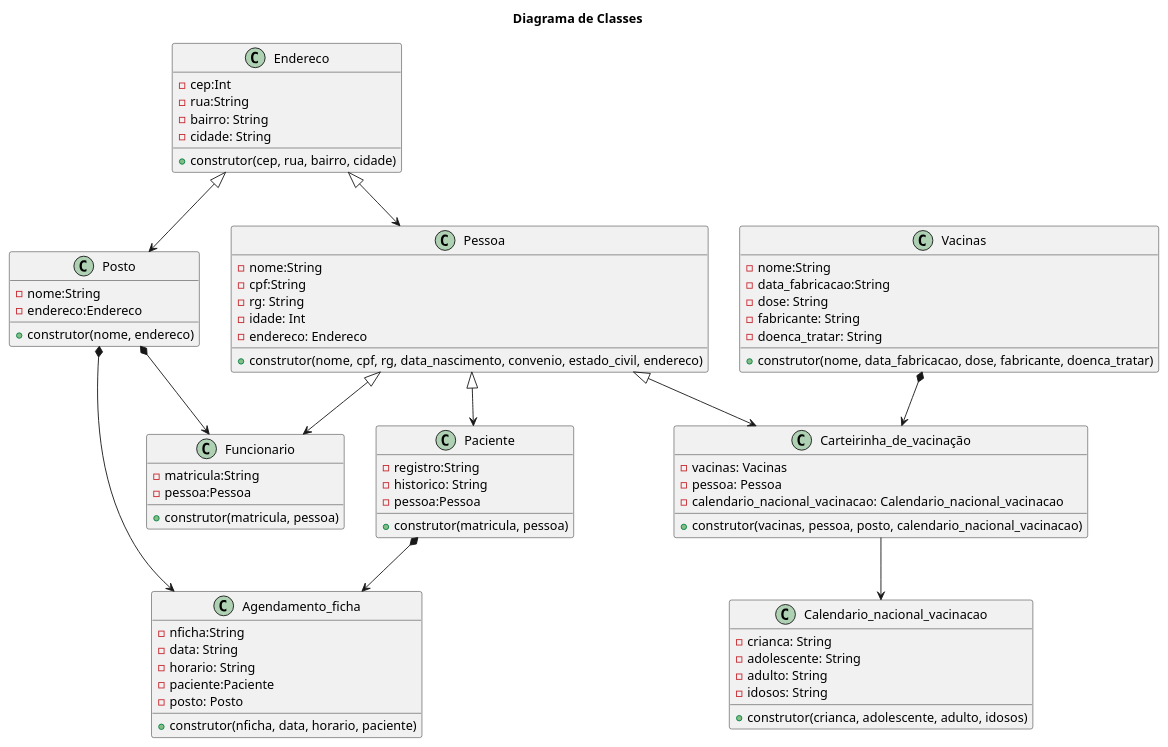
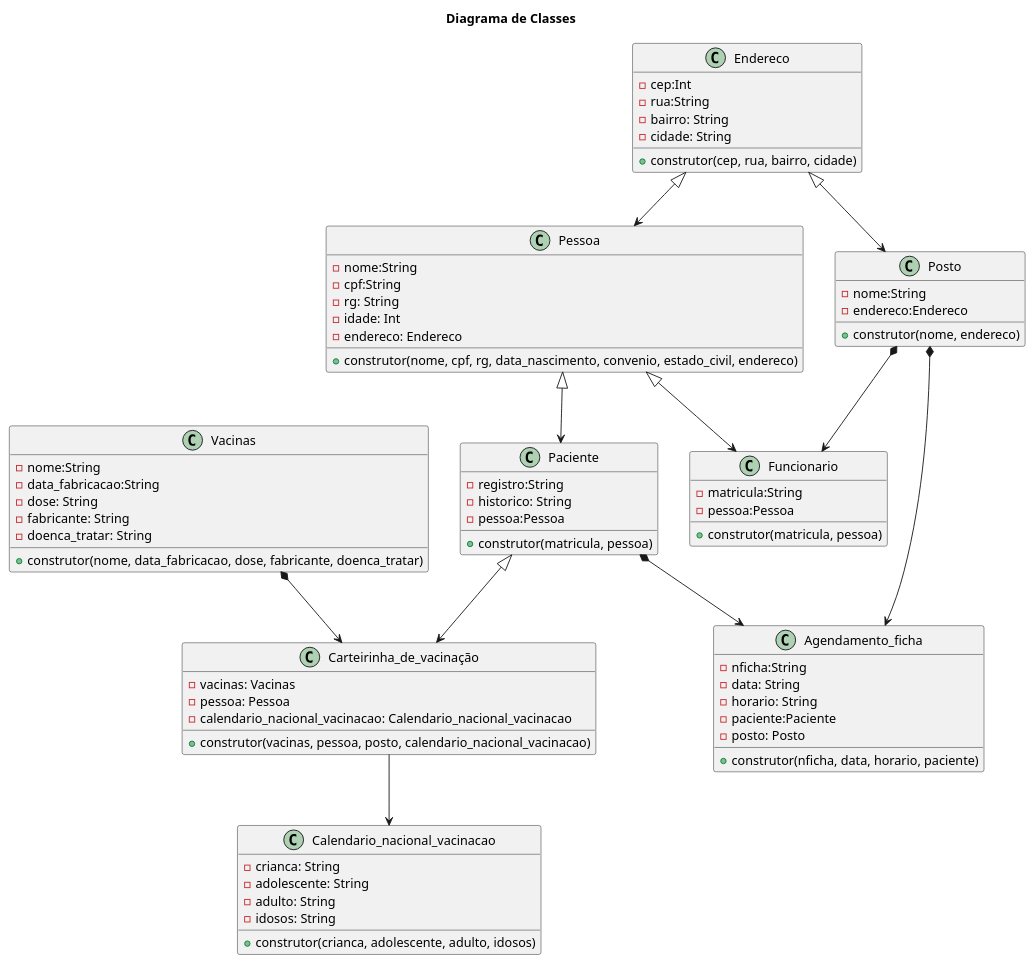
Before and after one commit to anleaes/2022-1-N2-POO-04: the diagram in @startuml herenca composicao.plantUML, drawn with PlantUML. The commit also changed 4 other files, not shown here.

Commit message:
metodos em pessoa e funcionario + criado arquivo para comandos

```diff
--- a/@startuml herenca composicao.plantUML
+++ b/@startuml herenca composicao.plantUML
@@ -1,91 +1,93 @@
 @startuml herenca composicao
 
 title Diagrama de Classes
+
+class Pessoa{
+    - nome:String
+    - cpf:String
+    - rg: String
+    - idade: Int
+    - endereco: Endereco
+    + construtor(nome, cpf, rg, data_nascimento, convenio, estado_civil, endereco)
+}
+
+class Funcionario{
+    - matricula:String
+    - pessoa:Pessoa
+    + construtor(matricula, pessoa)
+
+}
+
+class Paciente{
+    - registro:String
+    - historico: String
+    - pessoa:Pessoa
+    + construtor(matricula, pessoa)
+    }
 
 class Carteirinha_de_vacinação{
     - vacinas: Vacinas
     - pessoa: Pessoa
     - calendario_nacional_vacinacao: Calendario_nacional_vacinacao
     + construtor(vacinas, pessoa, posto, calendario_nacional_vacinacao)
 } 
  
 
 class Posto{
     - nome:String
     - endereco:Endereco
     + construtor(nome, endereco)
 
 }
 
 class Calendario_nacional_vacinacao{
     - crianca: String
     - adolescente: String
     - adulto: String
     - idosos: String
     + construtor(crianca, adolescente, adulto, idosos)
 } 
 
-
-
 class Endereco{
     - cep:Int
     - rua:String
     - bairro: String
     - cidade: String
     + construtor(cep, rua, bairro, cidade)
 }
 
-class Pessoa{
-    - nome:String
-    - cpf:String
-    - rg: String
-    - idade: Int
-    - endereco: Endereco
-    + construtor(nome, cpf, rg, data_nascimento, convenio, estado_civil, endereco)
-}
+
 class Vacinas{
     - nome:String
     - data_fabricacao:String
     - dose: String
     - fabricante: String
     - doenca_tratar: String
     + construtor(nome, data_fabricacao, dose, fabricante, doenca_tratar)
 }
 
-class Funcionario{
-    - matricula:String
-    - pessoa:Pessoa
-    + construtor(matricula, pessoa)
 
-}
-
-class Paciente{
-    - registro:String
-    - historico: String
-    - pessoa:Pessoa
-    + construtor(matricula, pessoa)
-    }
 
 class Agendamento_ficha{
     - nficha:String
     - data: String
     - horario: String
     - paciente:Paciente
     - posto: Posto
     + construtor(nficha, data, horario, paciente)
     }
 
 Pessoa <|--> Paciente
 Pessoa <|--> Funcionario
 Endereco <|--> Pessoa
 Endereco <|--> Posto
 Carteirinha_de_vacinação --> Calendario_nacional_vacinacao
-Pessoa <|--> Carteirinha_de_vacinação 
+Paciente <|--> Carteirinha_de_vacinação 
 
 Posto *--> Funcionario
 Posto *--> Agendamento_ficha
 Vacinas *--> Carteirinha_de_vacinação
 Paciente *--> Agendamento_ficha
 
 
 @enduml 
```
